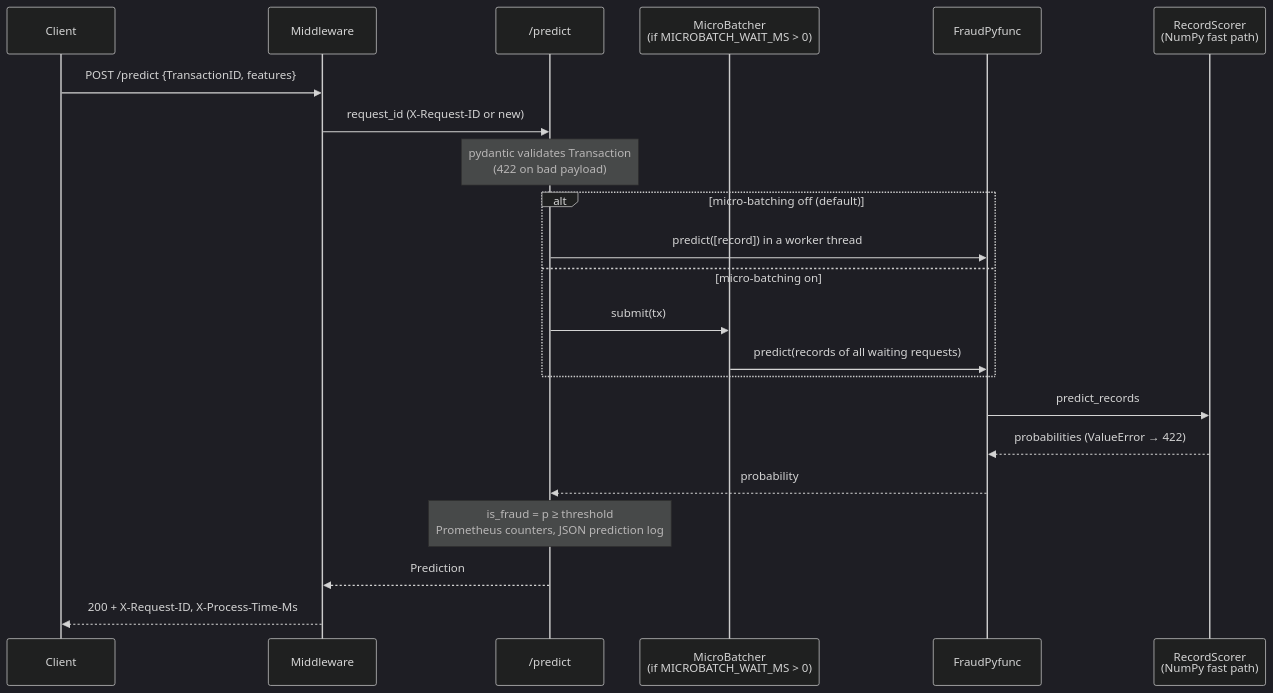
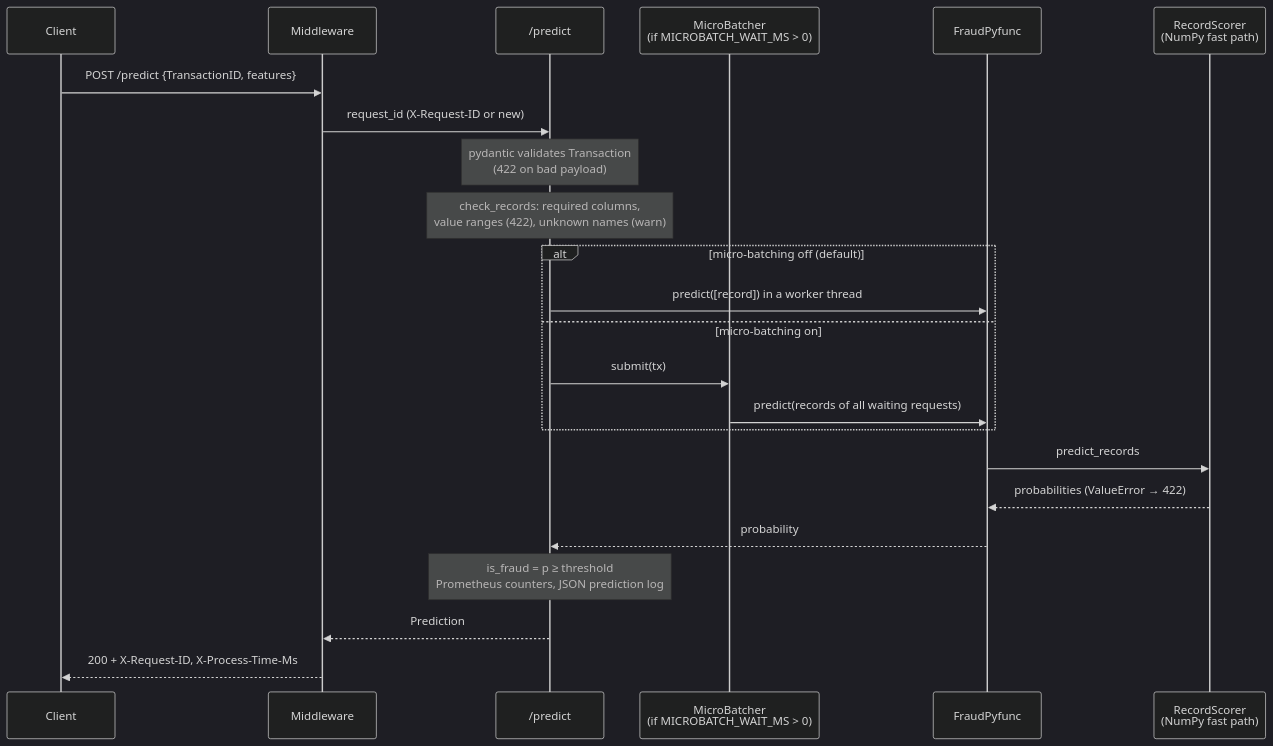
One commit to MikolajKurtyka/fraud-detection-kedro changed the second of 2 diagrams in docs/07_serving_api.md. Above: the diagram before and after it, drawn with Mermaid (dark theme). The commit also changed other lines of this file and 7 other files, not shown here.

````diff
--- a/docs/07_serving_api.md
+++ b/docs/07_serving_api.md
@@ -88,24 +88,25 @@
 ```mermaid
 sequenceDiagram
     participant C as Client
     participant MW as Middleware
     participant EP as /predict
     participant MB as MicroBatcher<br/>(if MICROBATCH_WAIT_MS > 0)
     participant PF as FraudPyfunc
     participant RS as RecordScorer<br/>(NumPy fast path)
     C->>MW: POST /predict {TransactionID, features}
     MW->>EP: request_id (X-Request-ID or new)
     Note over EP: pydantic validates Transaction<br/>(422 on bad payload)
+    Note over EP: check_records: required columns,<br/>value ranges (422), unknown names (warn)
     alt micro-batching off (default)
         EP->>PF: predict([record]) in a worker thread
     else micro-batching on
         EP->>MB: submit(tx)
         MB->>PF: predict(records of all waiting requests)
     end
     PF->>RS: predict_records
     RS-->>PF: probabilities (ValueError → 422)
     PF-->>EP: probability
     Note over EP: is_fraud = p ≥ threshold<br/>Prometheus counters, JSON prediction log
     EP-->>MW: Prediction
     MW-->>C: 200 + X-Request-ID, X-Process-Time-Ms
 ```
````
